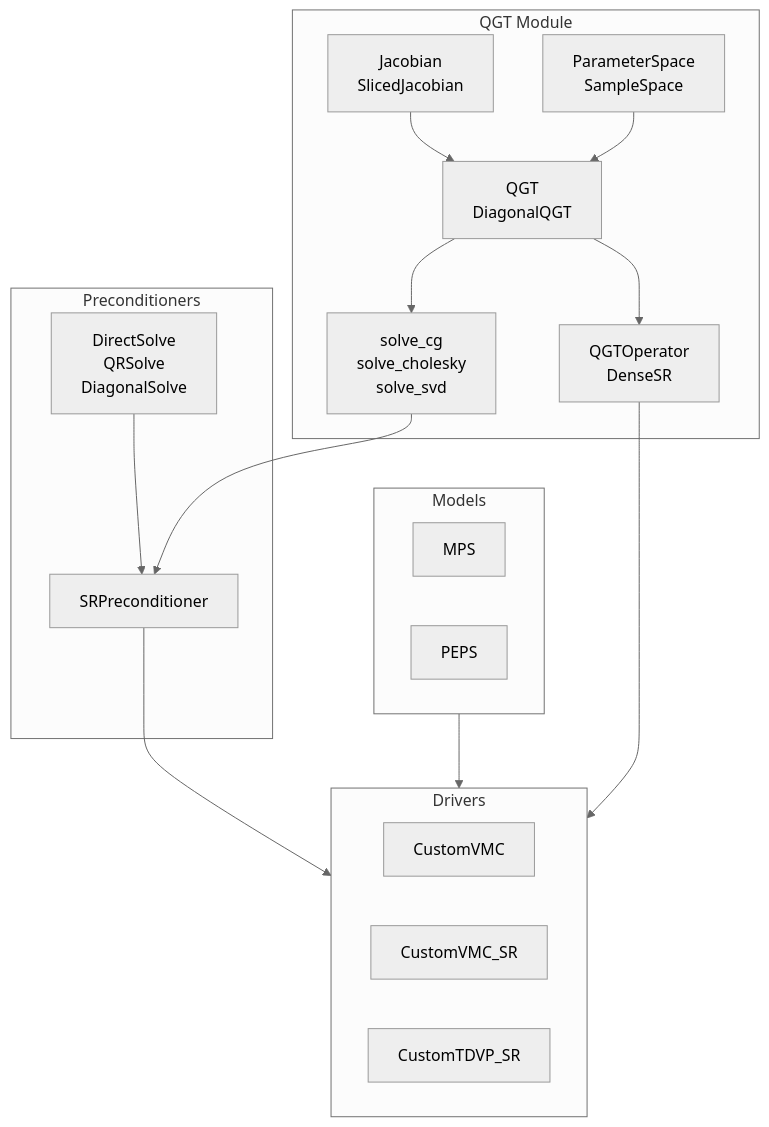
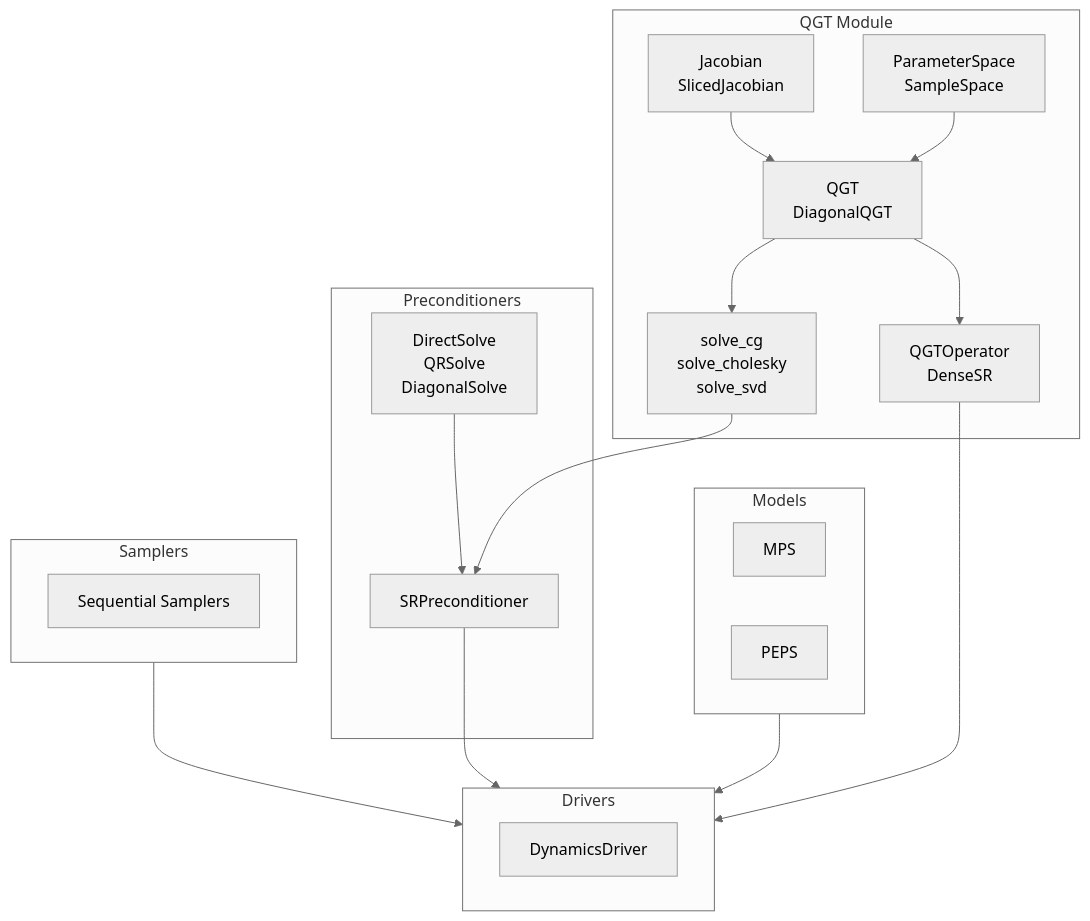
The fourth of 4 diagrams in DESIGN.md (fliingelephant/VMC), drawn with Mermaid (neutral theme) before and after one commit. The commit also changed other lines of this file and 21 other files, not shown here.

````diff
--- a/DESIGN.md
+++ b/DESIGN.md
@@ -128,36 +174,38 @@
 ```mermaid
 flowchart TD
     subgraph Models
         MPS["MPS"]
         PEPS["PEPS"]
     end
 
     subgraph QGT["QGT Module"]
         Jac["Jacobian<br/>SlicedJacobian"]
         QGTCore["QGT<br/>DiagonalQGT"]
         Space["ParameterSpace<br/>SampleSpace"]
         Solvers["solve_cg<br/>solve_cholesky<br/>solve_svd"]
         NetKet["QGTOperator<br/>DenseSR"]
     end
 
     subgraph Preconditioners
         SRP["SRPreconditioner"]
         Strategy["DirectSolve<br/>QRSolve<br/>DiagonalSolve"]
     end
 
     subgraph Drivers
-        CustomVMC["CustomVMC"]
-        CustomSR["CustomVMC_SR"]
-        TDVP["CustomTDVP_SR"]
+        Dynamics["DynamicsDriver"]
+    end
+    subgraph Samplers
+        Seq["Sequential Samplers"]
     end
 
     Models --> Drivers
+    Samplers --> Drivers
     Jac --> QGTCore
     Space --> QGTCore
     QGTCore --> Solvers
     QGTCore --> NetKet
     Solvers --> SRP
     Strategy --> SRP
     SRP --> Drivers
     NetKet --> Drivers
 ```
````
